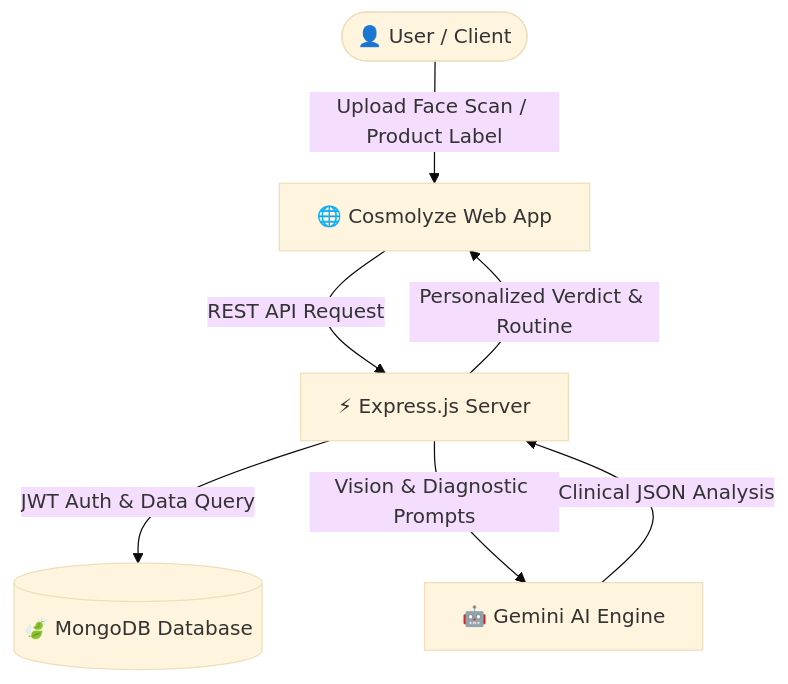
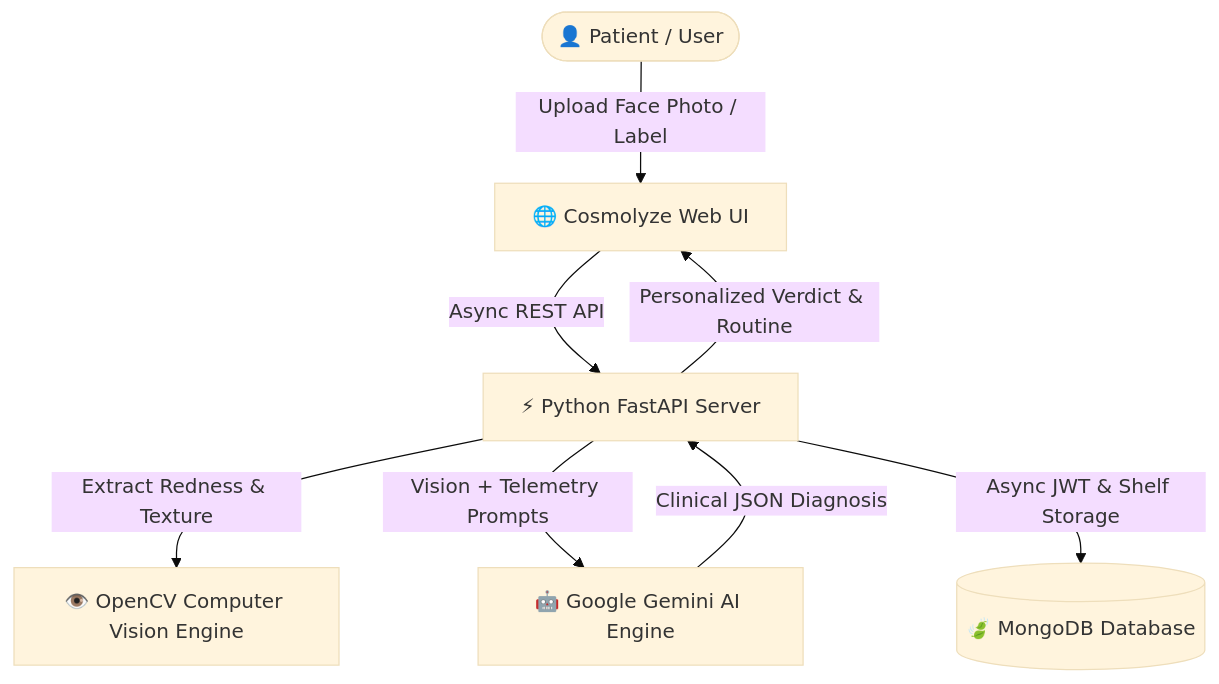
The diagram in README.md (Bhavesh-Umak/Cosmolyze), drawn with Mermaid (base theme) before and after one commit. The commit also changed other lines of this file and 14 other files, not shown here.

Commit message:
feat: Migrate backend to Python (FastAPI, OpenCV CV analysis, Gemini AI)

````diff
--- a/README.md
+++ b/README.md
@@ -66,9 +72,10 @@
 ```mermaid
 graph TD
-    User([👤 User / Client]) -->|Upload Face Scan / Product Label| WebApp[🌐 Cosmolyze Web App]
-    WebApp -->|REST API Request| Server[⚡ Express.js Server]
-    Server -->|JWT Auth & Data Query| DB[(🍃 MongoDB Database)]
-    Server -->|Vision & Diagnostic Prompts| GeminiAI[🤖 Gemini AI Engine]
-    GeminiAI -->|Clinical JSON Analysis| Server
-    Server -->|Personalized Verdict & Routine| WebApp
+    User([👤 Patient / User]) -->|Upload Face Photo / Label| UI[🌐 Cosmolyze Web UI]
+    UI -->|Async REST API| FastAPI[⚡ Python FastAPI Server]
+    FastAPI -->|Extract Redness & Texture| CV[👁️ OpenCV Computer Vision Engine]
+    FastAPI -->|Vision + Telemetry Prompts| GeminiAI[🤖 Google Gemini AI Engine]
+    FastAPI -->|Async JWT & Shelf Storage| MongoDB[(🍃 MongoDB Database)]
+    GeminiAI -->|Clinical JSON Diagnosis| FastAPI
+    FastAPI -->|Personalized Verdict & Routine| UI
 ```
````
